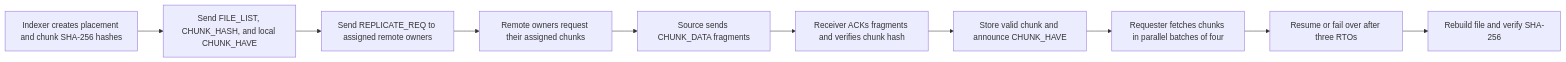
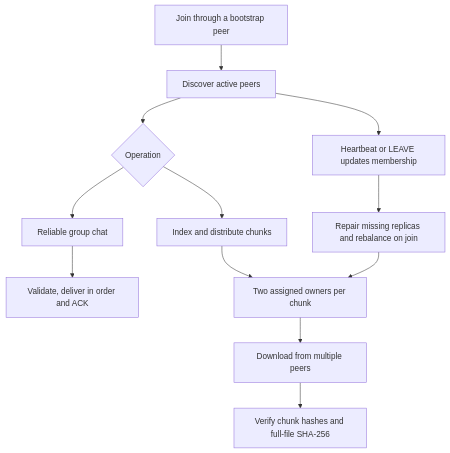
The diagram in Readme.md (usman-irshad1/p2p), drawn with Mermaid before and after one commit. The commit also changed other lines of this file, not shown here.

````diff
--- a/Readme.md
+++ b/Readme.md
@@ -172,12 +107,14 @@
 ```mermaid
-flowchart LR
-    A[Indexer creates placement and chunk SHA-256 hashes] --> B[Send FILE_LIST, CHUNK_HASH, and local CHUNK_HAVE]
-    B --> C[Send REPLICATE_REQ to assigned remote owners]
-    C --> D[Remote owners request their assigned chunks]
-    D --> E[Source sends CHUNK_DATA fragments]
-    E --> F[Receiver ACKs fragments and verifies chunk hash]
-    F --> F2[Store valid chunk and announce CHUNK_HAVE]
-    F2 --> G[Requester fetches chunks in parallel batches of four]
-    G --> H[Resume or fail over after three RTOs]
-    H --> I[Rebuild file and verify SHA-256]
+flowchart TD
+    A[Join through a bootstrap peer] --> B[Discover active peers]
+    B --> C{Operation}
+    C --> D[Reliable group chat]
+    C --> E[Index and distribute chunks]
+    D --> F[Validate, deliver in order and ACK]
+    E --> G[Two assigned owners per chunk]
+    G --> H[Download from multiple peers]
+    H --> I[Verify chunk hashes and full-file SHA-256]
+    B --> J[Heartbeat or LEAVE updates membership]
+    J --> K[Repair missing replicas and rebalance on join]
+    K --> G
 ```
````
